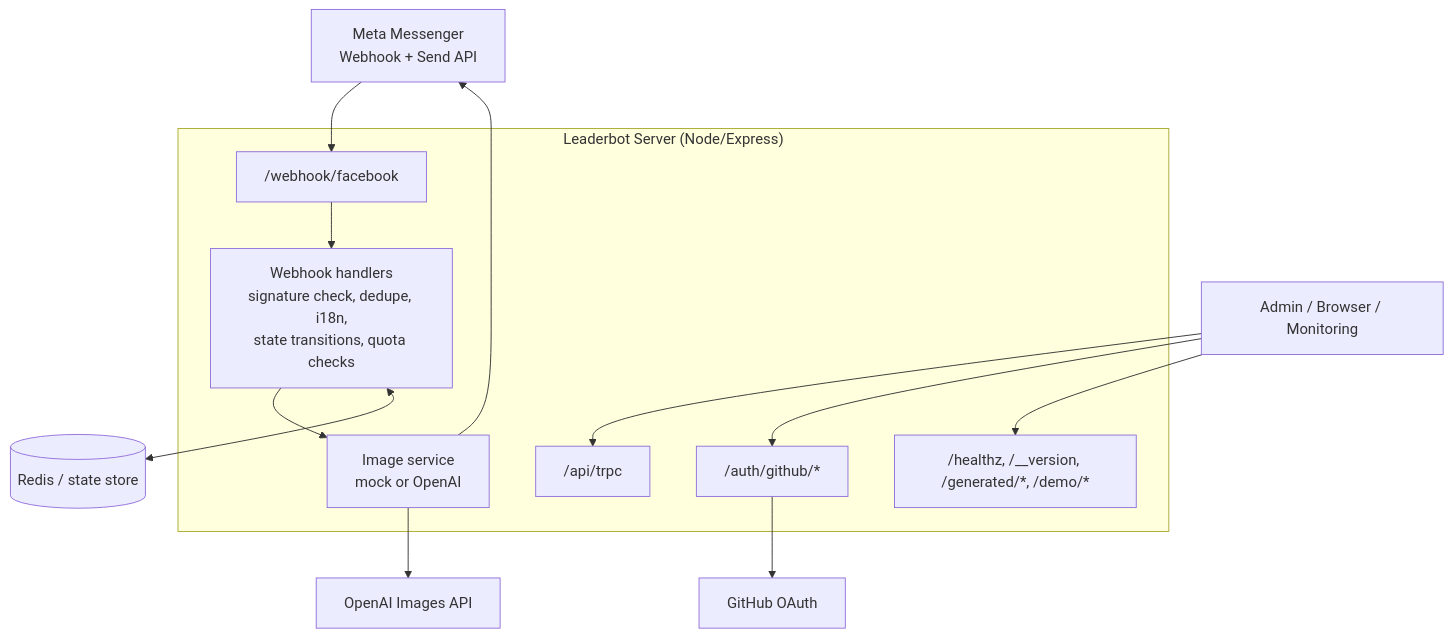
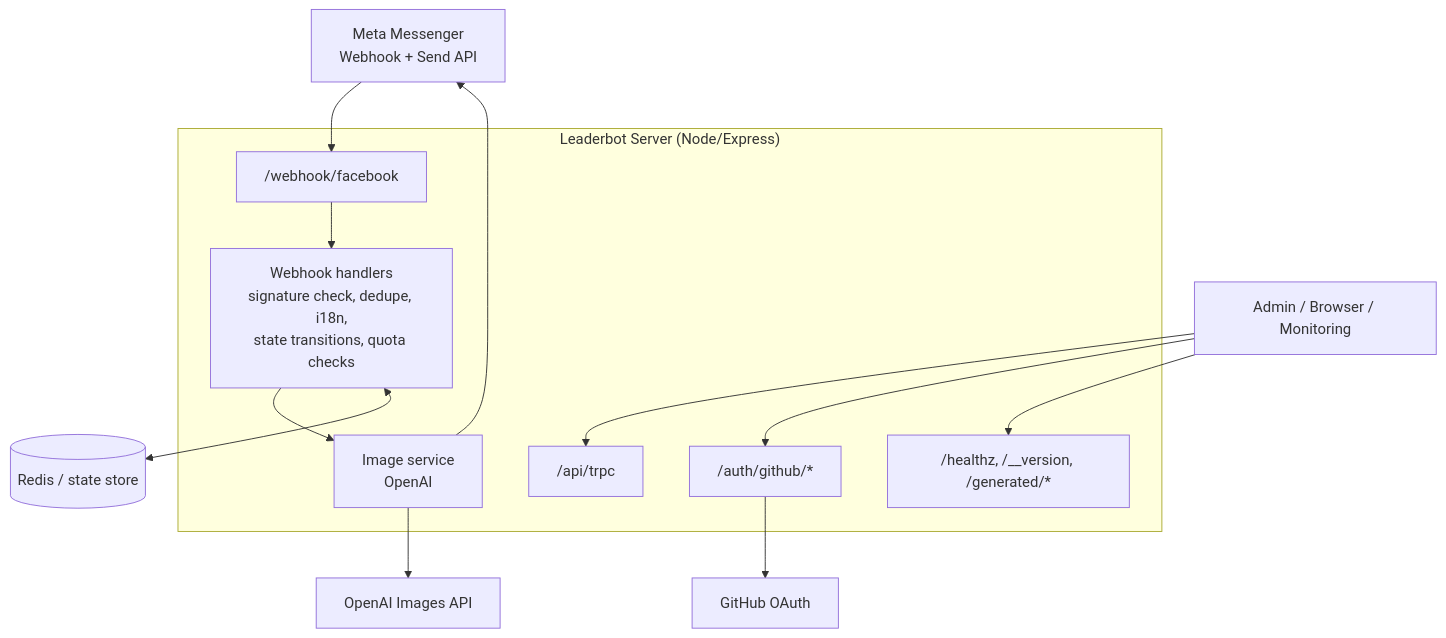
One commit to Dj-Shortcut/leaderbot-fb-image-gen changed the diagram in README.md. Above: the diagram before and after it, drawn with Mermaid. The commit also changed other lines of this file and 13 other files, not shown here.

First line of the commit message:
Remove legacy mock/demo image generation path (#199)

````diff
--- a/README.md
+++ b/README.md
@@ -58,30 +57,30 @@
 ```mermaid
 flowchart TD
     MM["Meta Messenger<br/>Webhook + Send API"]
     UA["Admin / Browser / Monitoring"]
 
     subgraph LB["Leaderbot Server (Node/Express)"]
         WH["/webhook/facebook"]
         TRPC["/api/trpc"]
         AUTH["/auth/github/*"]
-        OPS["/healthz, /__version, /generated/*, /demo/*"]
+        OPS["/healthz, /__version, /generated/*"]
         HANDLERS["Webhook handlers<br/>signature check, dedupe, i18n,<br/>state transitions, quota checks"]
-        IMG["Image service<br/>mock or OpenAI"]
+        IMG["Image service<br/>OpenAI"]
     end
 
     REDIS[("Redis / state store")]
     OPENAI["OpenAI Images API"]
     GITHUB["GitHub OAuth"]
 
     MM --> WH
     WH --> HANDLERS
     HANDLERS --> IMG
     HANDLERS <--> REDIS
     IMG --> OPENAI
     IMG --> MM
 
     UA --> TRPC
     UA --> AUTH
     UA --> OPS
     AUTH --> GITHUB
 ```
````
